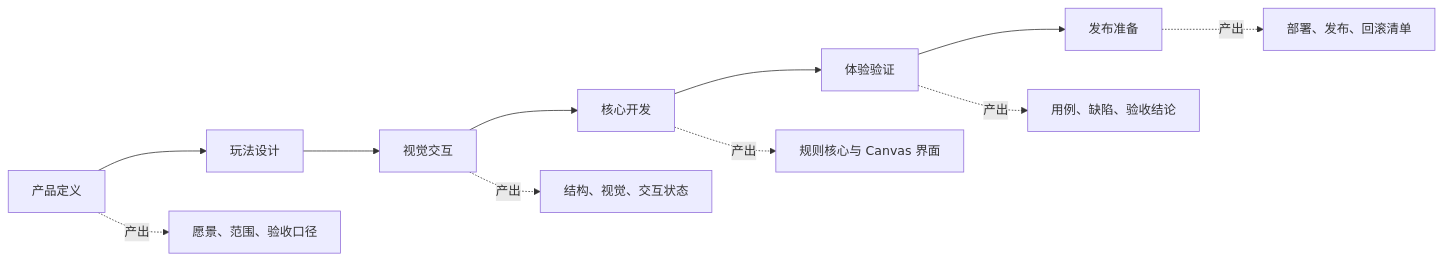
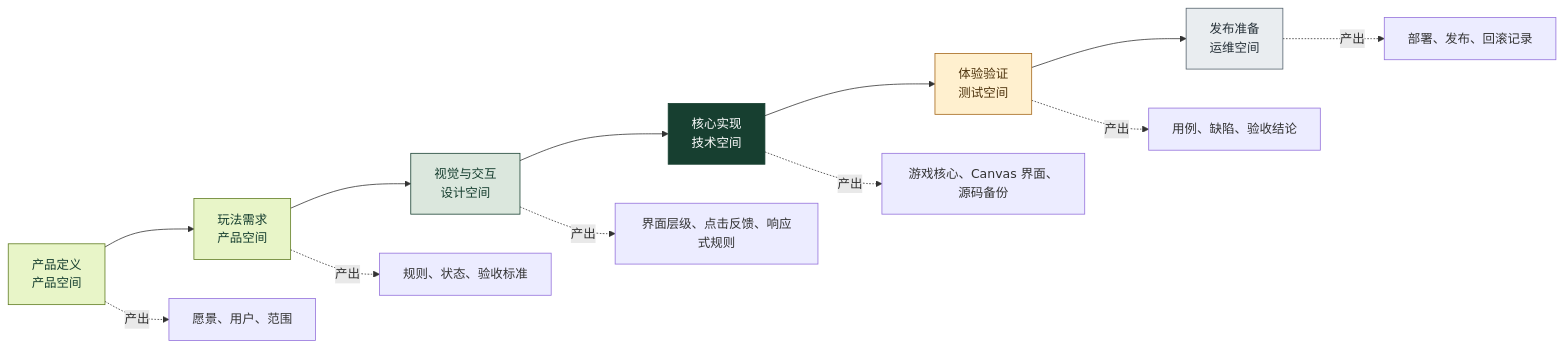
Before and after one commit to pokezhiyu/AI2CC: the second of 3 diagrams in workspace-template/设计空间/交互设计/青柠蛇场-制作启动展示交互.md, drawn with Mermaid. The commit also changed other lines of this file and 13 other files, not shown here.

````diff
--- a/workspace-template/设计空间/交互设计/青柠蛇场-制作启动展示交互.md
+++ b/workspace-template/设计空间/交互设计/青柠蛇场-制作启动展示交互.md
@@ -38,14 +72,26 @@
 ```mermaid
 flowchart LR
-    A[产品定义] --> B[玩法设计]
-    B --> C[视觉交互]
-    C --> D[核心开发]
-    D --> E[体验验证]
-    E --> F[发布准备]
+    P[产品定义<br/>产品空间] --> R[玩法需求<br/>产品空间]
+    R --> U[视觉与交互<br/>设计空间]
+    U --> E[核心实现<br/>技术空间]
+    E --> Q[体验验证<br/>测试空间]
+    Q --> O[发布准备<br/>运维空间]
 
-    A -.产出.-> A1[愿景、范围、验收口径]
-    C -.产出.-> C1[结构、视觉、交互状态]
-    D -.产出.-> D1[规则核心与 Canvas 界面]
-    E -.产出.-> E1[用例、缺陷、验收结论]
-    F -.产出.-> F1[部署、发布、回滚清单]
+    P -.产出.-> P1[愿景、用户、范围]
+    R -.产出.-> R1[规则、状态、验收标准]
+    U -.产出.-> U1[界面层级、点击反馈、响应式规则]
+    E -.产出.-> E1[游戏核心、Canvas 界面、源码备份]
+    Q -.产出.-> Q1[用例、缺陷、验收结论]
+    O -.产出.-> O1[部署、发布、回滚记录]
+
+    classDef product fill:#e8f5c8,stroke:#5e7b1f,color:#173f30;
+    classDef design fill:#dbe7dd,stroke:#173f30,color:#173f30;
+    classDef engineering fill:#173f30,stroke:#173f30,color:#ffffff;
+    classDef quality fill:#fff0cf,stroke:#a36416,color:#4f340e;
+    classDef operations fill:#e9edf0,stroke:#53616b,color:#263139;
+    class P,R product;
+    class U design;
+    class E engineering;
+    class Q quality;
+    class O operations;
 ```
````
